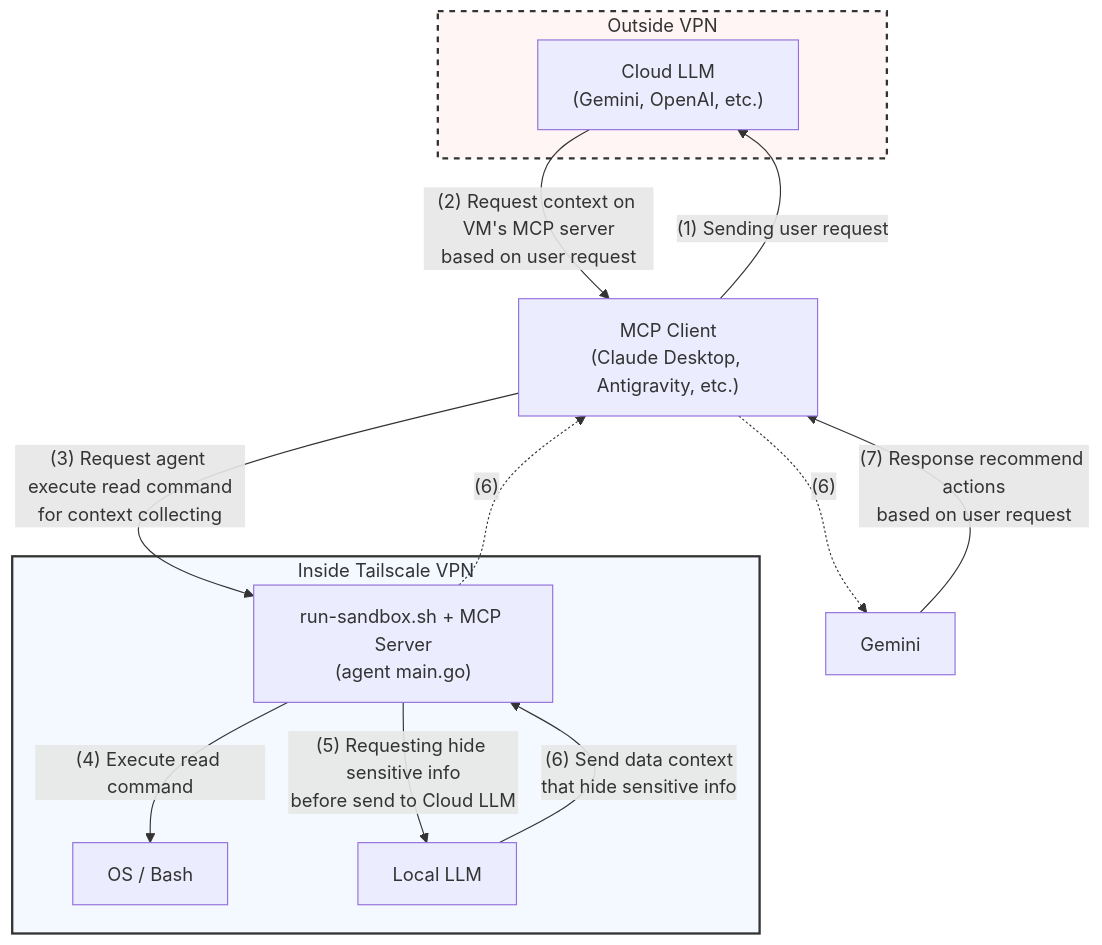
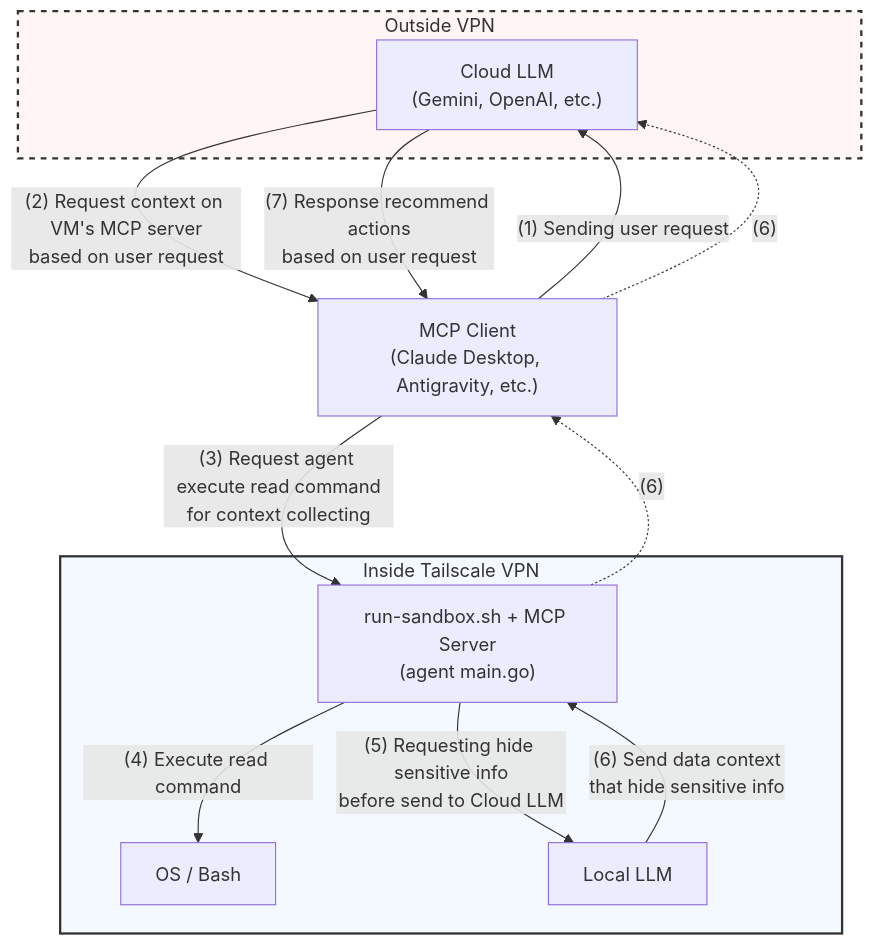
The first of 2 diagrams in README.md (codeduy/mcp-sys-agent), drawn with Mermaid before and after one commit.

Commit message:
docs: update architecture diagram

````diff
--- a/README.md
+++ b/README.md
@@ -8,32 +8,32 @@
 ```mermaid
 graph TD
     subgraph Outside ["Outside VPN"]
         CloudLLM["Cloud LLM<br>(Gemini, OpenAI, etc.)"]
     end
 
     Client["MCP Client<br>(Claude Desktop, Antigravity, etc.)"]
 
     subgraph VPN ["Inside Tailscale VPN"]
         Agent["run-sandbox.sh + MCP Server<br>(agent main.go)"]
         OS["OS / Bash"]
         LocalLLM["Local LLM"]
 
         Agent -->|"(4) Execute read command"| OS
         Agent -->|"(5) Requesting hide sensitive info<br>before send to Cloud LLM"| LocalLLM
         LocalLLM -->|"(6) Send data context<br>that hide sensitive info"| Agent
     end
 
     %% External and cross-VPN communication flow
     Client -->|"(1) Sending user request"| CloudLLM
     CloudLLM -->|"(2) Request context on VM's MCP server<br>based on user request"| Client
     Client -->|"(3) Request agent execute read command<br>for context collecting"| Agent
     
     Agent -.->|"(6)"| Client
-    Client -.->|"(6)"| Gemini
+    Client -.->|"(6)"| CloudLLM
     
-    Gemini -->|"(7) Response recommend actions<br>based on user request"| Client
+    CloudLLM -->|"(7) Response recommend actions<br>based on user request"| Client
 
     %% Background color
     style VPN fill:#f4f8ff,stroke:#333,stroke-width:2px
     style Outside fill:#fff5f5,stroke:#333,stroke-width:2px,stroke-dasharray: 5 5
 ```
````
